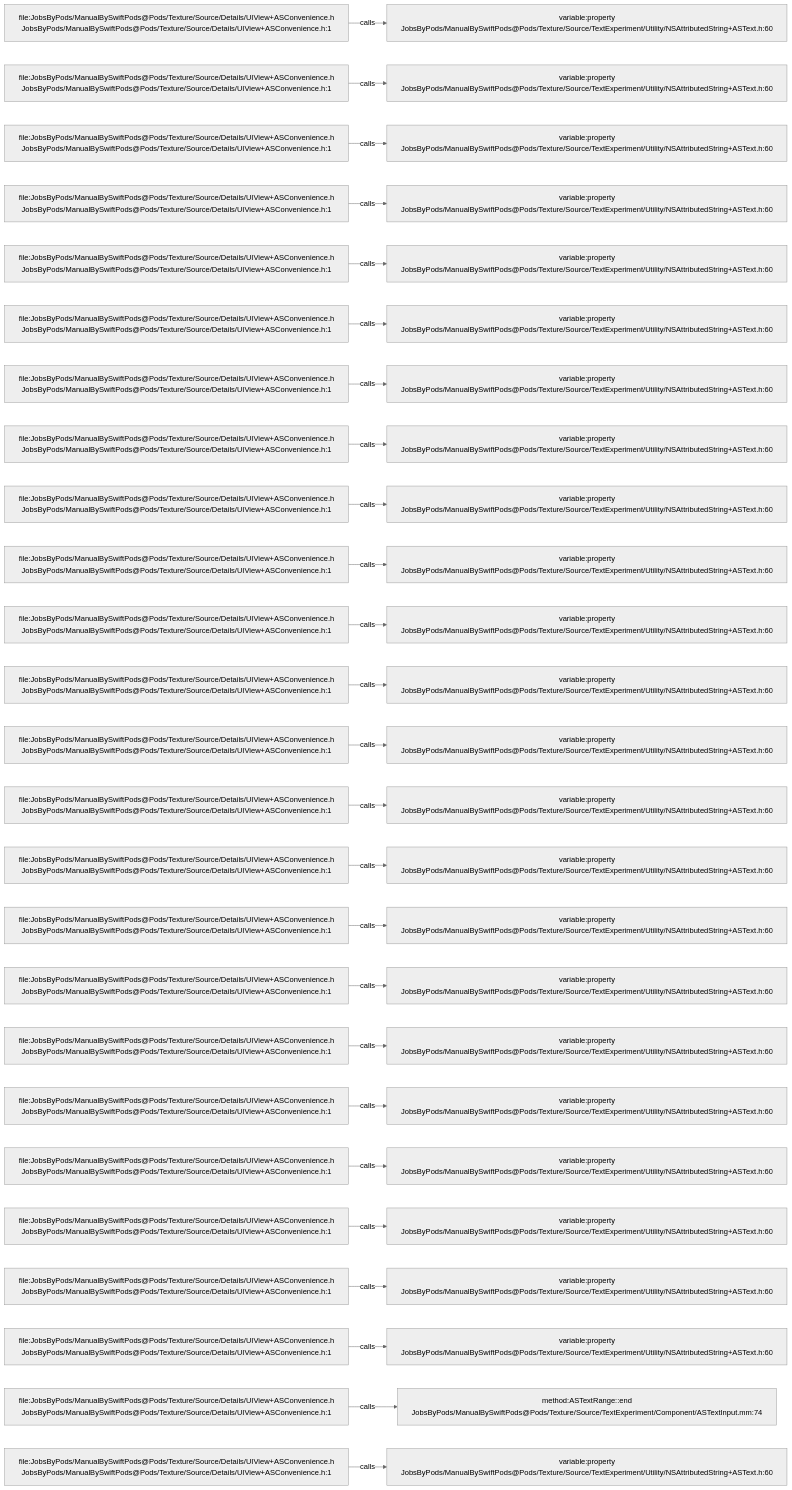
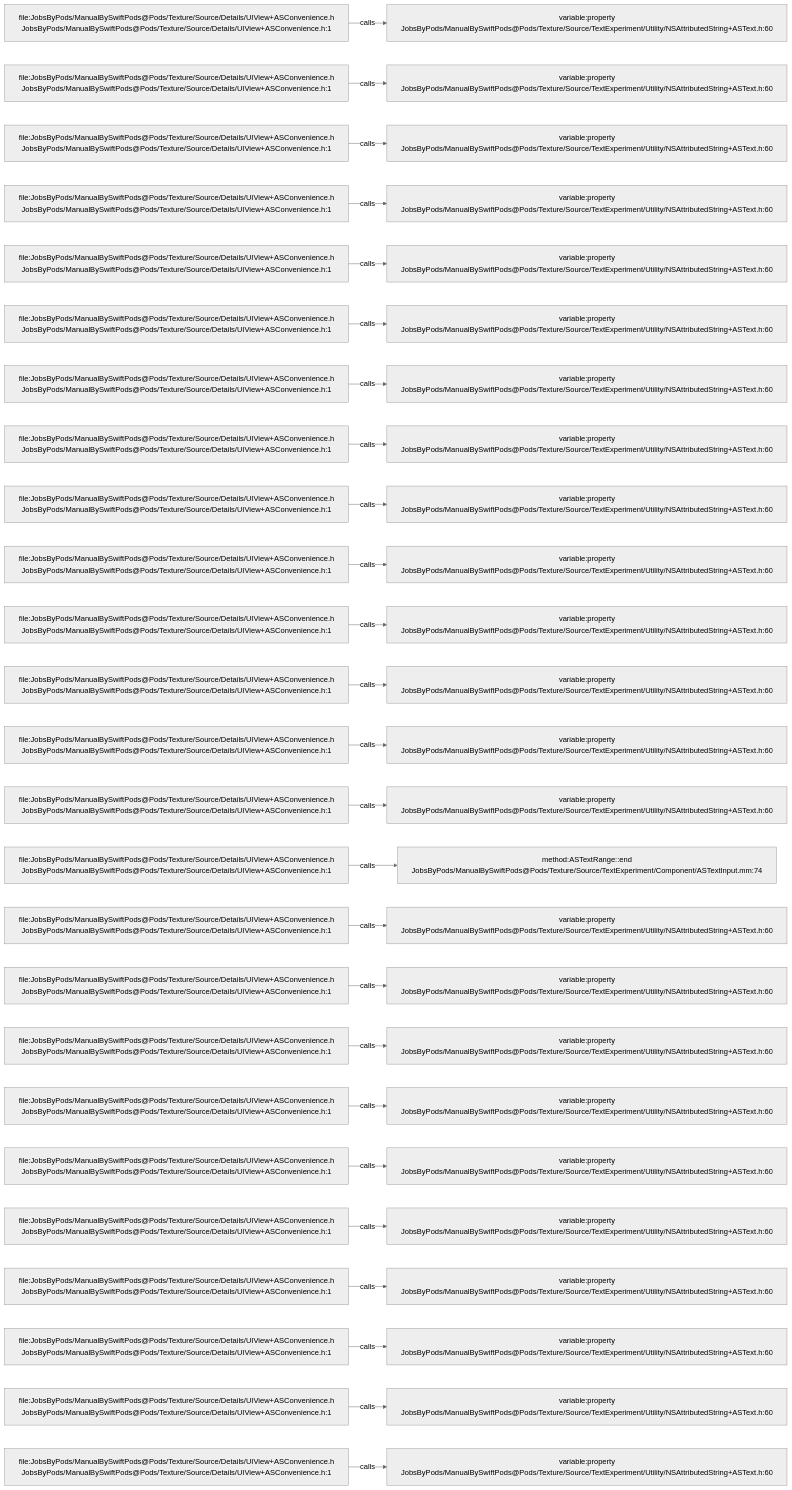
Before and after one commit to JobsKits/JobsSwiftBaseConfigDemo: the diagram in .codegraph/codegraph.md/graphs/calls-100.md, drawn with Mermaid (neutral theme). The commit also changed 707 other files, not shown here.

````diff
--- a/.codegraph/codegraph.md/graphs/calls-100.md
+++ b/.codegraph/codegraph.md/graphs/calls-100.md
@@ -13,78 +13,78 @@
 ```mermaid
 flowchart LR
   S1["file:JobsByPods/ManualBySwiftPods@Pods/Texture/Source/Details/UIView+ASConvenience.h<br/>JobsByPods/ManualBySwiftPods@Pods/Texture/Source/Details/UIView+ASConvenience.h:1"]
   T1["variable:property<br/>JobsByPods/ManualBySwiftPods@Pods/Texture/Source/TextExperiment/Utility/NSAttributedString+ASText.h:60"]
   S1 -->|calls| T1
   S2["file:JobsByPods/ManualBySwiftPods@Pods/Texture/Source/Details/UIView+ASConvenience.h<br/>JobsByPods/ManualBySwiftPods@Pods/Texture/Source/Details/UIView+ASConvenience.h:1"]
   T2["variable:property<br/>JobsByPods/ManualBySwiftPods@Pods/Texture/Source/TextExperiment/Utility/NSAttributedString+ASText.h:60"]
   S2 -->|calls| T2
   S3["file:JobsByPods/ManualBySwiftPods@Pods/Texture/Source/Details/UIView+ASConvenience.h<br/>JobsByPods/ManualBySwiftPods@Pods/Texture/Source/Details/UIView+ASConvenience.h:1"]
   T3["variable:property<br/>JobsByPods/ManualBySwiftPods@Pods/Texture/Source/TextExperiment/Utility/NSAttributedString+ASText.h:60"]
   S3 -->|calls| T3
   S4["file:JobsByPods/ManualBySwiftPods@Pods/Texture/Source/Details/UIView+ASConvenience.h<br/>JobsByPods/ManualBySwiftPods@Pods/Texture/Source/Details/UIView+ASConvenience.h:1"]
   T4["variable:property<br/>JobsByPods/ManualBySwiftPods@Pods/Texture/Source/TextExperiment/Utility/NSAttributedString+ASText.h:60"]
   S4 -->|calls| T4
   S5["file:JobsByPods/ManualBySwiftPods@Pods/Texture/Source/Details/UIView+ASConvenience.h<br/>JobsByPods/ManualBySwiftPods@Pods/Texture/Source/Details/UIView+ASConvenience.h:1"]
   T5["variable:property<br/>JobsByPods/ManualBySwiftPods@Pods/Texture/Source/TextExperiment/Utility/NSAttributedString+ASText.h:60"]
   S5 -->|calls| T5
   S6["file:JobsByPods/ManualBySwiftPods@Pods/Texture/Source/Details/UIView+ASConvenience.h<br/>JobsByPods/ManualBySwiftPods@Pods/Texture/Source/Details/UIView+ASConvenience.h:1"]
   T6["variable:property<br/>JobsByPods/ManualBySwiftPods@Pods/Texture/Source/TextExperiment/Utility/NSAttributedString+ASText.h:60"]
   S6 -->|calls| T6
   S7["file:JobsByPods/ManualBySwiftPods@Pods/Texture/Source/Details/UIView+ASConvenience.h<br/>JobsByPods/ManualBySwiftPods@Pods/Texture/Source/Details/UIView+ASConvenience.h:1"]
   T7["variable:property<br/>JobsByPods/ManualBySwiftPods@Pods/Texture/Source/TextExperiment/Utility/NSAttributedString+ASText.h:60"]
   S7 -->|calls| T7
   S8["file:JobsByPods/ManualBySwiftPods@Pods/Texture/Source/Details/UIView+ASConvenience.h<br/>JobsByPods/ManualBySwiftPods@Pods/Texture/Source/Details/UIView+ASConvenience.h:1"]
   T8["variable:property<br/>JobsByPods/ManualBySwiftPods@Pods/Texture/Source/TextExperiment/Utility/NSAttributedString+ASText.h:60"]
   S8 -->|calls| T8
   S9["file:JobsByPods/ManualBySwiftPods@Pods/Texture/Source/Details/UIView+ASConvenience.h<br/>JobsByPods/ManualBySwiftPods@Pods/Texture/Source/Details/UIView+ASConvenience.h:1"]
   T9["variable:property<br/>JobsByPods/ManualBySwiftPods@Pods/Texture/Source/TextExperiment/Utility/NSAttributedString+ASText.h:60"]
   S9 -->|calls| T9
   S10["file:JobsByPods/ManualBySwiftPods@Pods/Texture/Source/Details/UIView+ASConvenience.h<br/>JobsByPods/ManualBySwiftPods@Pods/Texture/Source/Details/UIView+ASConvenience.h:1"]
   T10["variable:property<br/>JobsByPods/ManualBySwiftPods@Pods/Texture/Source/TextExperiment/Utility/NSAttributedString+ASText.h:60"]
   S10 -->|calls| T10
   S11["file:JobsByPods/ManualBySwiftPods@Pods/Texture/Source/Details/UIView+ASConvenience.h<br/>JobsByPods/ManualBySwiftPods@Pods/Texture/Source/Details/UIView+ASConvenience.h:1"]
   T11["variable:property<br/>JobsByPods/ManualBySwiftPods@Pods/Texture/Source/TextExperiment/Utility/NSAttributedString+ASText.h:60"]
   S11 -->|calls| T11
   S12["file:JobsByPods/ManualBySwiftPods@Pods/Texture/Source/Details/UIView+ASConvenience.h<br/>JobsByPods/ManualBySwiftPods@Pods/Texture/Source/Details/UIView+ASConvenience.h:1"]
   T12["variable:property<br/>JobsByPods/ManualBySwiftPods@Pods/Texture/Source/TextExperiment/Utility/NSAttributedString+ASText.h:60"]
   S12 -->|calls| T12
   S13["file:JobsByPods/ManualBySwiftPods@Pods/Texture/Source/Details/UIView+ASConvenience.h<br/>JobsByPods/ManualBySwiftPods@Pods/Texture/Source/Details/UIView+ASConvenience.h:1"]
   T13["variable:property<br/>JobsByPods/ManualBySwiftPods@Pods/Texture/Source/TextExperiment/Utility/NSAttributedString+ASText.h:60"]
   S13 -->|calls| T13
   S14["file:JobsByPods/ManualBySwiftPods@Pods/Texture/Source/Details/UIView+ASConvenience.h<br/>JobsByPods/ManualBySwiftPods@Pods/Texture/Source/Details/UIView+ASConvenience.h:1"]
   T14["variable:property<br/>JobsByPods/ManualBySwiftPods@Pods/Texture/Source/TextExperiment/Utility/NSAttributedString+ASText.h:60"]
   S14 -->|calls| T14
   S15["file:JobsByPods/ManualBySwiftPods@Pods/Texture/Source/Details/UIView+ASConvenience.h<br/>JobsByPods/ManualBySwiftPods@Pods/Texture/Source/Details/UIView+ASConvenience.h:1"]
-  T15["variable:property<br/>JobsByPods/ManualBySwiftPods@Pods/Texture/Source/TextExperiment/Utility/NSAttributedString+ASText.h:60"]
+  T15["method:ASTextRange::end<br/>JobsByPods/ManualBySwiftPods@Pods/Texture/Source/TextExperiment/Component/ASTextInput.mm:74"]
   S15 -->|calls| T15
   S16["file:JobsByPods/ManualBySwiftPods@Pods/Texture/Source/Details/UIView+ASConvenience.h<br/>JobsByPods/ManualBySwiftPods@Pods/Texture/Source/Details/UIView+ASConvenience.h:1"]
   T16["variable:property<br/>JobsByPods/ManualBySwiftPods@Pods/Texture/Source/TextExperiment/Utility/NSAttributedString+ASText.h:60"]
   S16 -->|calls| T16
   S17["file:JobsByPods/ManualBySwiftPods@Pods/Texture/Source/Details/UIView+ASConvenience.h<br/>JobsByPods/ManualBySwiftPods@Pods/Texture/Source/Details/UIView+ASConvenience.h:1"]
   T17["variable:property<br/>JobsByPods/ManualBySwiftPods@Pods/Texture/Source/TextExperiment/Utility/NSAttributedString+ASText.h:60"]
   S17 -->|calls| T17
   S18["file:JobsByPods/ManualBySwiftPods@Pods/Texture/Source/Details/UIView+ASConvenience.h<br/>JobsByPods/ManualBySwiftPods@Pods/Texture/Source/Details/UIView+ASConvenience.h:1"]
   T18["variable:property<br/>JobsByPods/ManualBySwiftPods@Pods/Texture/Source/TextExperiment/Utility/NSAttributedString+ASText.h:60"]
   S18 -->|calls| T18
   S19["file:JobsByPods/ManualBySwiftPods@Pods/Texture/Source/Details/UIView+ASConvenience.h<br/>JobsByPods/ManualBySwiftPods@Pods/Texture/Source/Details/UIView+ASConvenience.h:1"]
   T19["variable:property<br/>JobsByPods/ManualBySwiftPods@Pods/Texture/Source/TextExperiment/Utility/NSAttributedString+ASText.h:60"]
   S19 -->|calls| T19
   S20["file:JobsByPods/ManualBySwiftPods@Pods/Texture/Source/Details/UIView+ASConvenience.h<br/>JobsByPods/ManualBySwiftPods@Pods/Texture/Source/Details/UIView+ASConvenience.h:1"]
   T20["variable:property<br/>JobsByPods/ManualBySwiftPods@Pods/Texture/Source/TextExperiment/Utility/NSAttributedString+ASText.h:60"]
   S20 -->|calls| T20
   S21["file:JobsByPods/ManualBySwiftPods@Pods/Texture/Source/Details/UIView+ASConvenience.h<br/>JobsByPods/ManualBySwiftPods@Pods/Texture/Source/Details/UIView+ASConvenience.h:1"]
   T21["variable:property<br/>JobsByPods/ManualBySwiftPods@Pods/Texture/Source/TextExperiment/Utility/NSAttributedString+ASText.h:60"]
   S21 -->|calls| T21
   S22["file:JobsByPods/ManualBySwiftPods@Pods/Texture/Source/Details/UIView+ASConvenience.h<br/>JobsByPods/ManualBySwiftPods@Pods/Texture/Source/Details/UIView+ASConvenience.h:1"]
   T22["variable:property<br/>JobsByPods/ManualBySwiftPods@Pods/Texture/Source/TextExperiment/Utility/NSAttributedString+ASText.h:60"]
   S22 -->|calls| T22
   S23["file:JobsByPods/ManualBySwiftPods@Pods/Texture/Source/Details/UIView+ASConvenience.h<br/>JobsByPods/ManualBySwiftPods@Pods/Texture/Source/Details/UIView+ASConvenience.h:1"]
   T23["variable:property<br/>JobsByPods/ManualBySwiftPods@Pods/Texture/Source/TextExperiment/Utility/NSAttributedString+ASText.h:60"]
   S23 -->|calls| T23
   S24["file:JobsByPods/ManualBySwiftPods@Pods/Texture/Source/Details/UIView+ASConvenience.h<br/>JobsByPods/ManualBySwiftPods@Pods/Texture/Source/Details/UIView+ASConvenience.h:1"]
-  T24["method:ASTextRange::end<br/>JobsByPods/ManualBySwiftPods@Pods/Texture/Source/TextExperiment/Component/ASTextInput.mm:74"]
+  T24["variable:property<br/>JobsByPods/ManualBySwiftPods@Pods/Texture/Source/TextExperiment/Utility/NSAttributedString+ASText.h:60"]
   S24 -->|calls| T24
   S25["file:JobsByPods/ManualBySwiftPods@Pods/Texture/Source/Details/UIView+ASConvenience.h<br/>JobsByPods/ManualBySwiftPods@Pods/Texture/Source/Details/UIView+ASConvenience.h:1"]
   T25["variable:property<br/>JobsByPods/ManualBySwiftPods@Pods/Texture/Source/TextExperiment/Utility/NSAttributedString+ASText.h:60"]
   S25 -->|calls| T25
 ```
````
